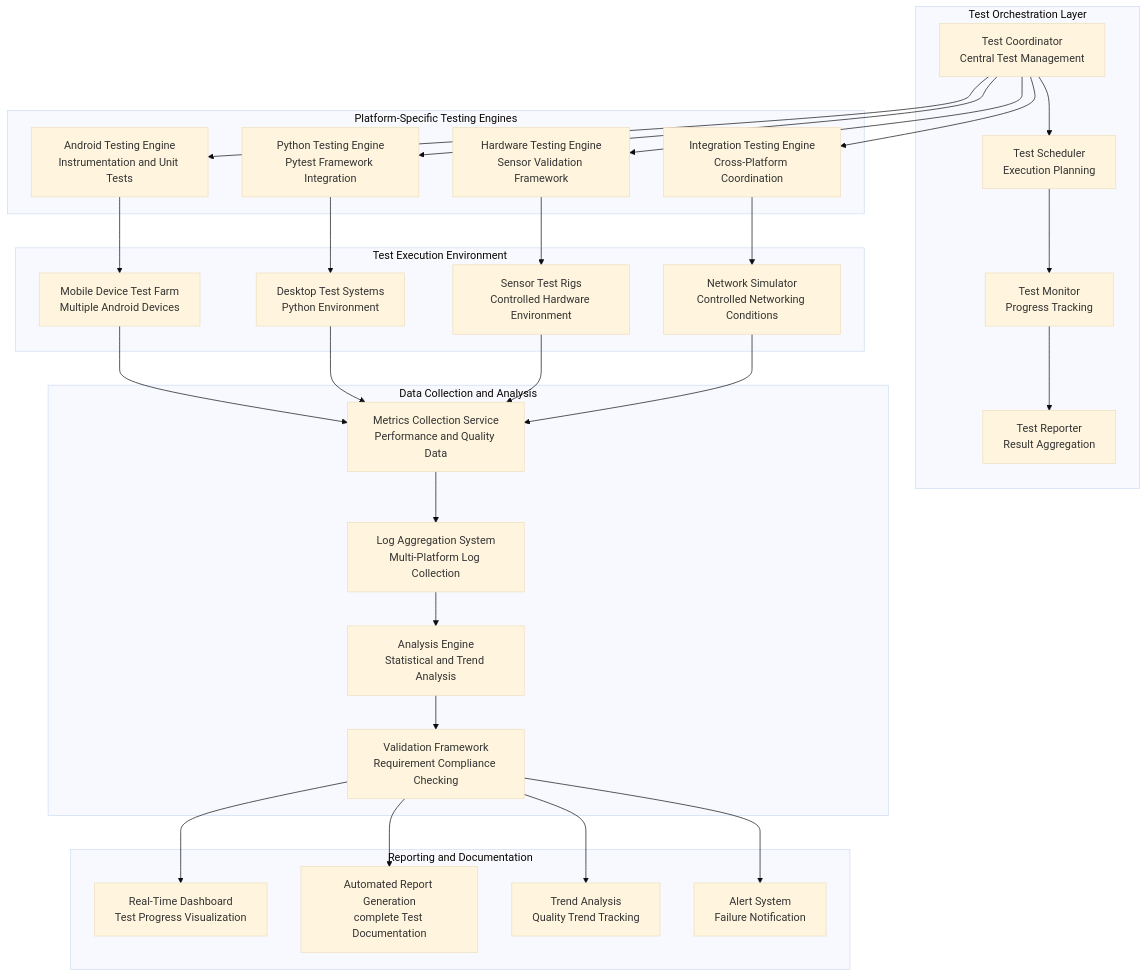
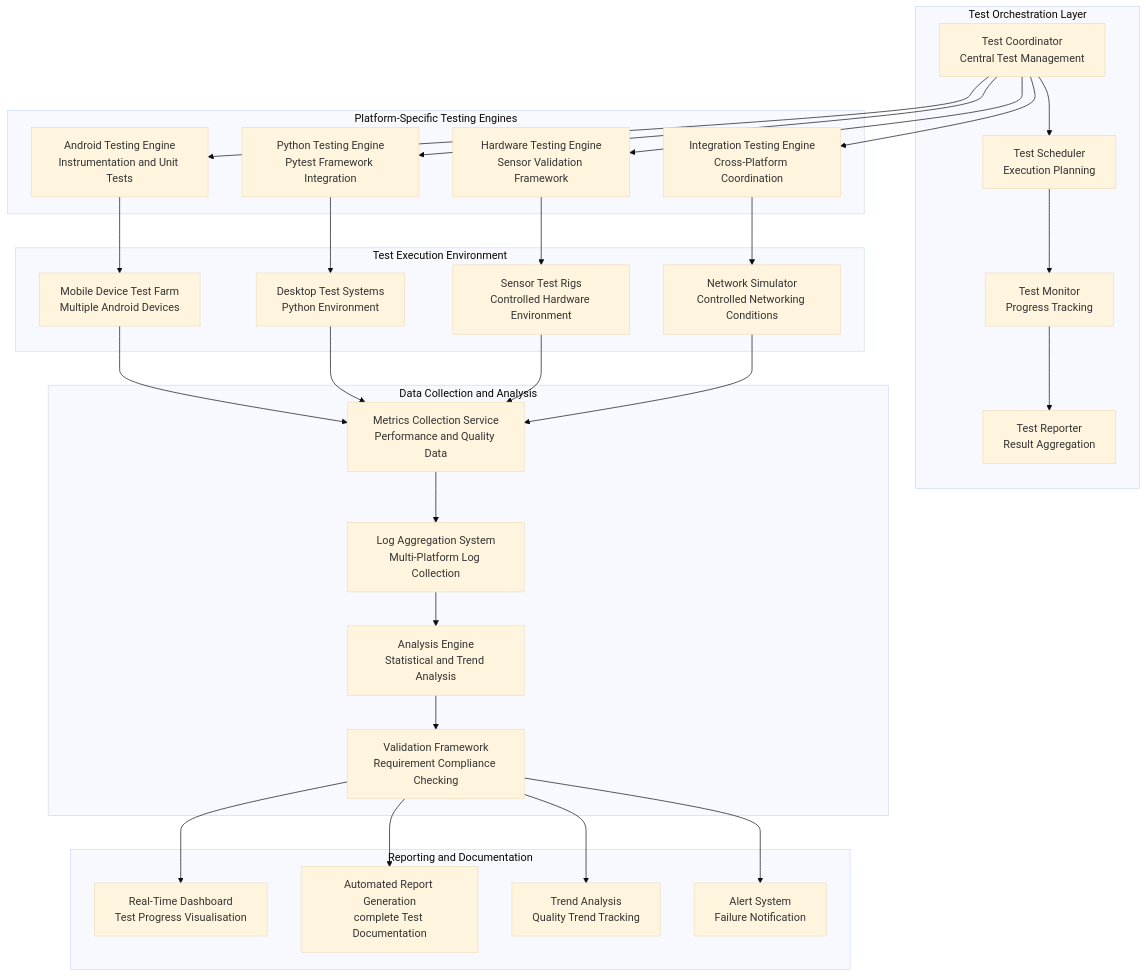
One commit to buccancs/fyp-multi-sensor-recording-system changed the second of 8 diagrams in docs/thesis_report/draft_0/chapter_5_testing_and_results_evaluation.md. Above: the diagram before and after it, drawn with Mermaid (base theme). The commit also changed other lines of this file and 56 other files, not shown here.

````diff
--- a/docs/thesis_report/draft_0/chapter_5_testing_and_results_evaluation.md
+++ b/docs/thesis_report/draft_0/chapter_5_testing_and_results_evaluation.md
@@ -515,65 +515,65 @@
 ```mermaid
 graph TB
     subgraph "Test Orchestration Layer"
         COORDINATOR[Test Coordinator<br/>Central Test Management]
         SCHEDULER[Test Scheduler<br/>Execution Planning]
         MONITOR[Test Monitor<br/>Progress Tracking]
         REPORTER[Test Reporter<br/>Result Aggregation]
     end
     
     subgraph "Platform-Specific Testing Engines"
         ANDROID_ENGINE[Android Testing Engine<br/>Instrumentation and Unit Tests]
         PYTHON_ENGINE[Python Testing Engine<br/>Pytest Framework Integration]
         INTEGRATION_ENGINE[Integration Testing Engine<br/>Cross-Platform Coordination]
         HARDWARE_ENGINE[Hardware Testing Engine<br/>Sensor Validation Framework]
     end
     
     subgraph "Test Execution Environment"
         MOBILE_DEVICES[Mobile Device Test Farm<br/>Multiple Android Devices]
         DESKTOP_SYSTEMS[Desktop Test Systems<br/>Python Environment]
         SENSOR_HARDWARE[Sensor Test Rigs<br/>Controlled Hardware Environment]
         NETWORK_SIM[Network Simulator<br/>Controlled Networking Conditions]
     end
     
     subgraph "Data Collection and Analysis"
         METRICS_COLLECTOR[Metrics Collection Service<br/>Performance and Quality Data]
         LOG_AGGREGATOR[Log Aggregation System<br/>Multi-Platform Log Collection]
         ANALYSIS_ENGINE[Analysis Engine<br/>Statistical and Trend Analysis]
         VALIDATION_FRAMEWORK[Validation Framework<br/>Requirement Compliance Checking]
     end
     
     subgraph "Reporting and Documentation"
-        DASHBOARD[Real-Time Dashboard<br/>Test Progress Visualization]
+        DASHBOARD[Real-Time Dashboard<br/>Test Progress Visualisation]
         REPORTS[Automated Report Generation<br/>complete Test Documentation]
         TRENDS[Trend Analysis<br/>Quality Trend Tracking]
         ALERTS[Alert System<br/>Failure Notification]
     end
     
     COORDINATOR --> SCHEDULER
     SCHEDULER --> MONITOR
     MONITOR --> REPORTER
     
     COORDINATOR --> ANDROID_ENGINE
     COORDINATOR --> PYTHON_ENGINE
     COORDINATOR --> INTEGRATION_ENGINE
     COORDINATOR --> HARDWARE_ENGINE
     
     ANDROID_ENGINE --> MOBILE_DEVICES
     PYTHON_ENGINE --> DESKTOP_SYSTEMS
     INTEGRATION_ENGINE --> NETWORK_SIM
     HARDWARE_ENGINE --> SENSOR_HARDWARE
     
     MOBILE_DEVICES --> METRICS_COLLECTOR
     DESKTOP_SYSTEMS --> METRICS_COLLECTOR
     SENSOR_HARDWARE --> METRICS_COLLECTOR
     NETWORK_SIM --> METRICS_COLLECTOR
     
     METRICS_COLLECTOR --> LOG_AGGREGATOR
     LOG_AGGREGATOR --> ANALYSIS_ENGINE
     ANALYSIS_ENGINE --> VALIDATION_FRAMEWORK
     
     VALIDATION_FRAMEWORK --> DASHBOARD
     VALIDATION_FRAMEWORK --> REPORTS
     VALIDATION_FRAMEWORK --> TRENDS
     VALIDATION_FRAMEWORK --> ALERTS
 ```
````
